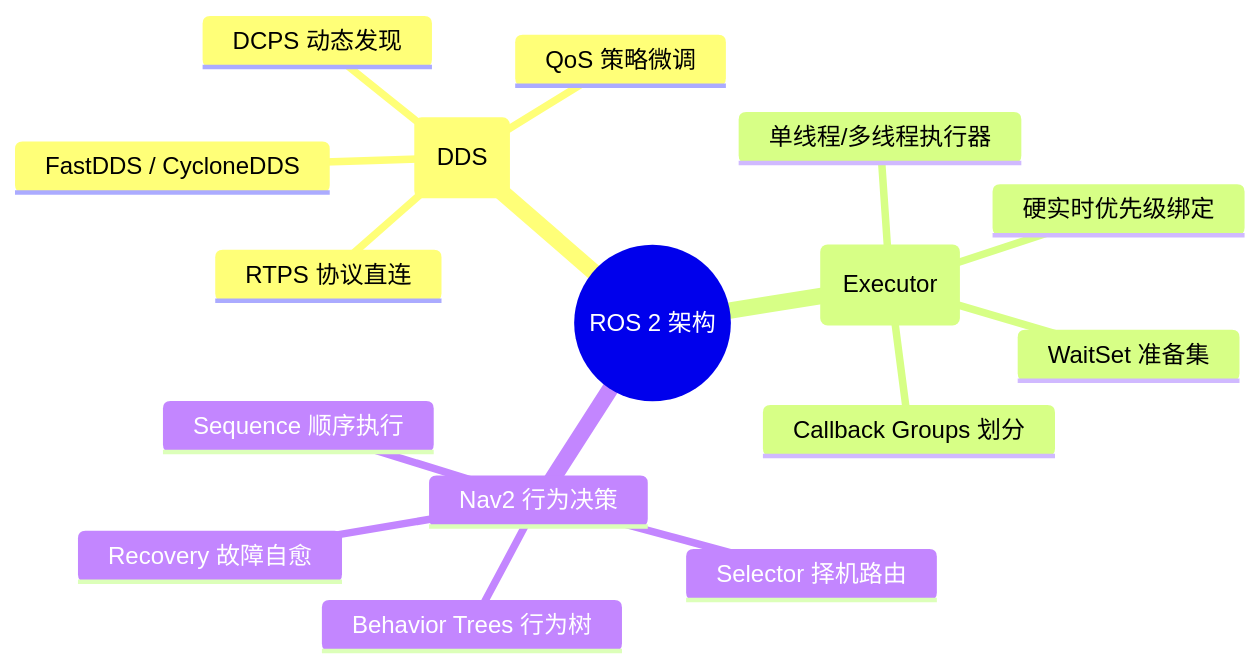
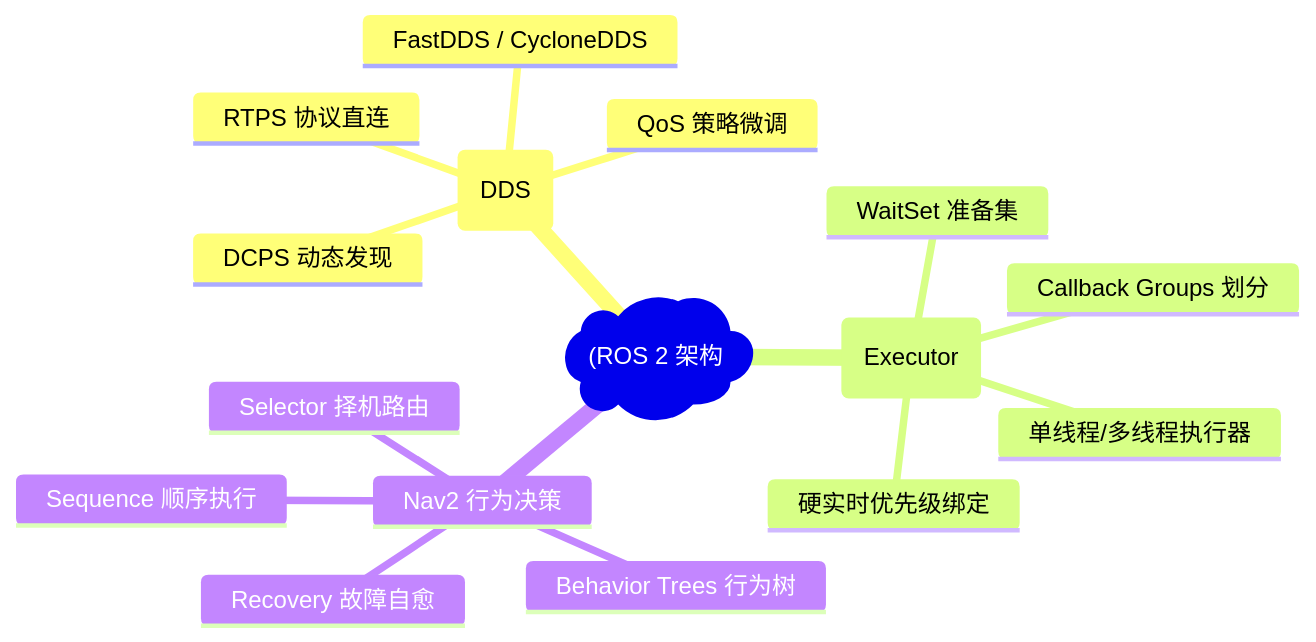
One commit to koosai/AI-Architect-Learning changed the second of 9 diagrams in docs/atlas/ros2.mdx. Above: the diagram before and after it, drawn with Mermaid. The commit also changed 187 other files, not shown here.

Commit message:
fix(mermaid): fix all unquoted parens and edge label syntax errors across all docs

````diff
--- a/docs/atlas/ros2.mdx
+++ b/docs/atlas/ros2.mdx
@@ -75,19 +75,19 @@
 ```mermaid
 mindmap
-  root((ROS 2 架构))
+  root("(ROS 2 架构"))
     去中心化通信 (DDS)
       DCPS 动态发现
       QoS 策略微调
       RTPS 协议直连
       FastDDS / CycloneDDS
     实时执行调度 (Executor)
       Callback Groups 划分
       WaitSet 准备集
       单线程/多线程执行器
       硬实时优先级绑定
     Nav2 行为决策
       Behavior Trees 行为树
       Selector 择机路由
       Sequence 顺序执行
       Recovery 故障自愈
 ```
````
